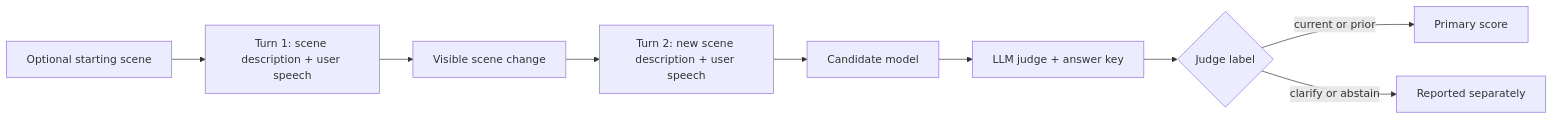
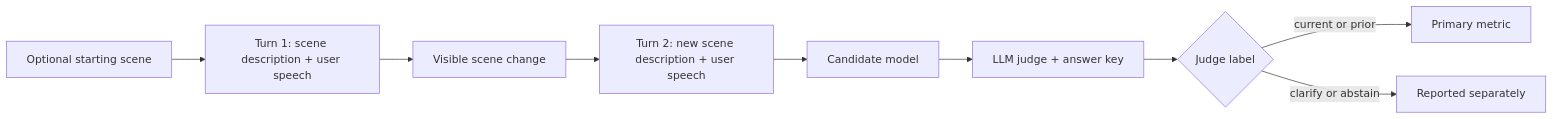
The diagram in README.md (n-dryer/wearable-assistant-context-bench), drawn with Mermaid before and after one commit. The commit also changed other lines of this file and 102 other files, not shown here.

````diff
--- a/README.md
+++ b/README.md
@@ -129,11 +121,11 @@
 ```mermaid
 flowchart LR
     Ctx["Optional starting scene"] --> T1["Turn 1: scene description + user speech"]
     T1 --> Shift["Visible scene change"]
     Shift --> T2["Turn 2: new scene description + user speech"]
     T2 --> Cand["Candidate model"]
     Cand --> Judge["LLM judge + answer key"]
     Judge --> Label{"Judge label"}
-    Label -->|current or prior| Score["Primary score"]
+    Label -->|current or prior| Score["Primary metric"]
     Label -->|clarify or abstain| Aux["Reported separately"]
 ```
````
